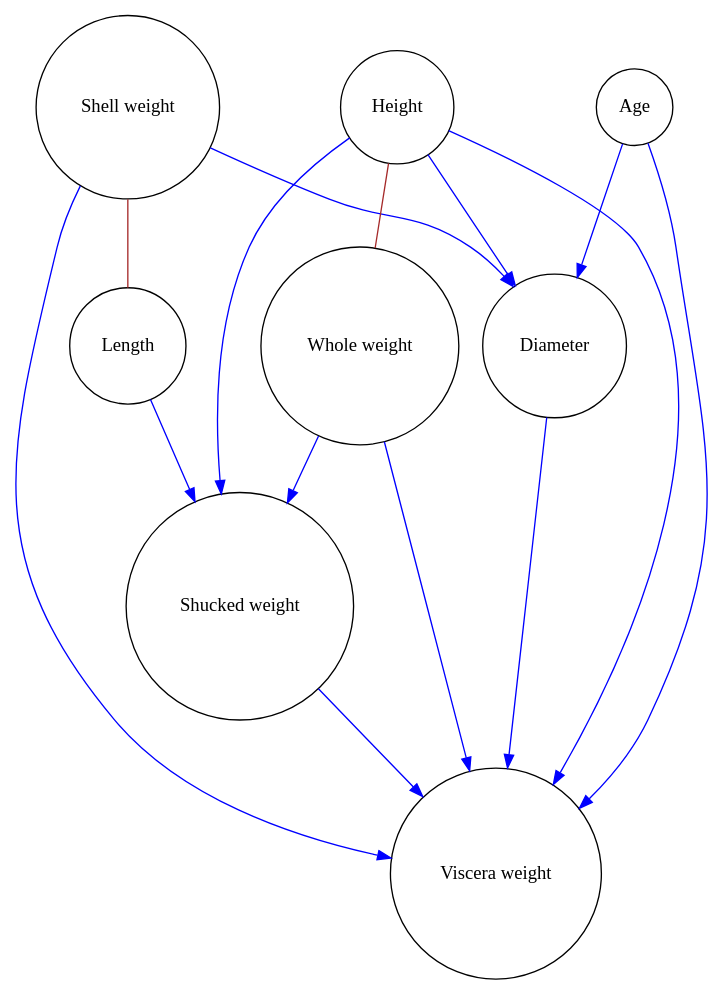
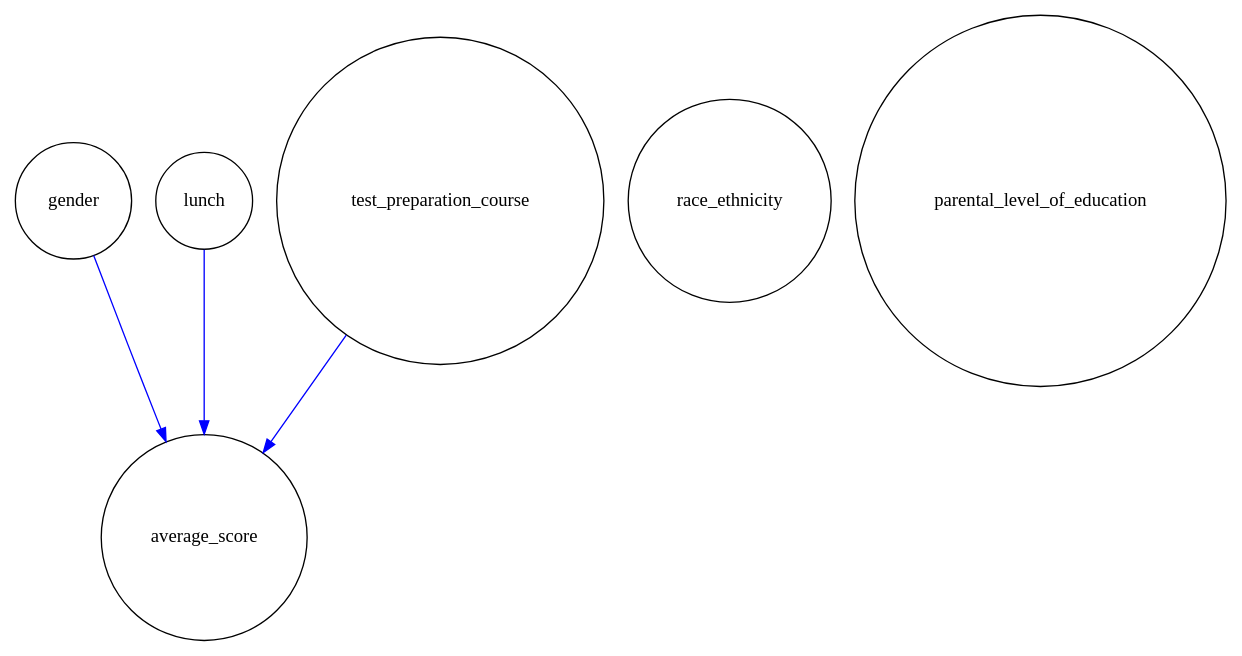
The diagram in output_graph/initial_graph.gv (Lancelot39/Causal-Copilot), drawn with Graphviz before and after one commit. The commit also changed 6 other files, not shown here.

```diff
--- a/output_graph/initial_graph.gv
+++ b/output_graph/initial_graph.gv
@@ -1,33 +1,18 @@
 digraph {
 	graph [K=0.5 overlap=false splines=true]
-	"Shell weight" -> Length [color=brown dir=none]
-	Height -> "Whole weight" [color=brown dir=none]
-	Age [height=.5 shape=circle width=.5]
-	Length [height=.5 shape=circle width=.5]
-	"Shell weight" [height=.5 shape=circle width=.5]
-	Diameter [height=.5 shape=circle width=.5]
-	Height [height=.5 shape=circle width=.5]
-	"Whole weight" [height=.5 shape=circle width=.5]
-	"Shucked weight" [height=.5 shape=circle width=.5]
-	"Viscera weight" [height=.5 shape=circle width=.5]
-	Age [height=.5 pos="3.583184032017906,-8.69066482563791!" shape=circle width=.5]
-	Length [height=.5 pos="8.383204506560855,2.2795062040588174!" shape=circle width=.5]
-	"Shell weight" [height=.5 pos="-9.987407543319716,-0.8932273782433211!" shape=circle width=.5]
-	Diameter [height=.5 pos="0.29594671111582255,-1.4127290359795486!" shape=circle width=.5]
-	Age -> Diameter [color=blue]
-	"Shell weight" -> Diameter [color=blue]
-	Height -> Diameter [color=blue]
-	Height [height=.5 pos="8.115222453970842,4.352970682414014!" shape=circle width=.5]
-	"Whole weight" [height=.5 pos="-10.0,1.586778583480439!" shape=circle width=.5]
-	"Shucked weight" [height=.5 pos="0.8617014050649529,3.2294193393542496!" shape=circle width=.5]
-	Length -> "Shucked weight" [color=blue]
-	Height -> "Shucked weight" [color=blue]
-	"Whole weight" -> "Shucked weight" [color=blue]
-	"Viscera weight" [height=.5 pos="-1.251851565410661,-0.4520535694467404!" shape=circle width=.5]
-	Age -> "Viscera weight" [color=blue]
-	"Shell weight" -> "Viscera weight" [color=blue]
-	Diameter -> "Viscera weight" [color=blue]
-	Height -> "Viscera weight" [color=blue]
-	"Whole weight" -> "Viscera weight" [color=blue]
-	"Shucked weight" -> "Viscera weight" [color=blue]
+	gender [height=.5 shape=circle width=.5]
+	race_ethnicity [height=.5 shape=circle width=.5]
+	parental_level_of_education [height=.5 shape=circle width=.5]
+	lunch [height=.5 shape=circle width=.5]
+	test_preparation_course [height=.5 shape=circle width=.5]
+	average_score [height=.5 shape=circle width=.5]
+	gender [height=.5 pos="-8.434465280901033,7.5969567653437675!" shape=circle width=.5]
+	race_ethnicity [height=.5 pos="8.066460585049755,1.7168774590381402!" shape=circle width=.5]
+	parental_level_of_education [height=.5 pos="-0.3264739828535512,10.0!" shape=circle width=.5]
+	lunch [height=.5 pos="7.990958068108368,-8.587546196763466!" shape=circle width=.5]
+	test_preparation_course [height=.5 pos="-5.647046069045905,-8.452435166512966!" shape=circle width=.5]
+	average_score [height=.5 pos="-1.6494333203576312,-2.2738528611054782!" shape=circle width=.5]
+	gender -> average_score [color=blue]
+	lunch -> average_score [color=blue]
+	test_preparation_course -> average_score [color=blue]
 }
```
